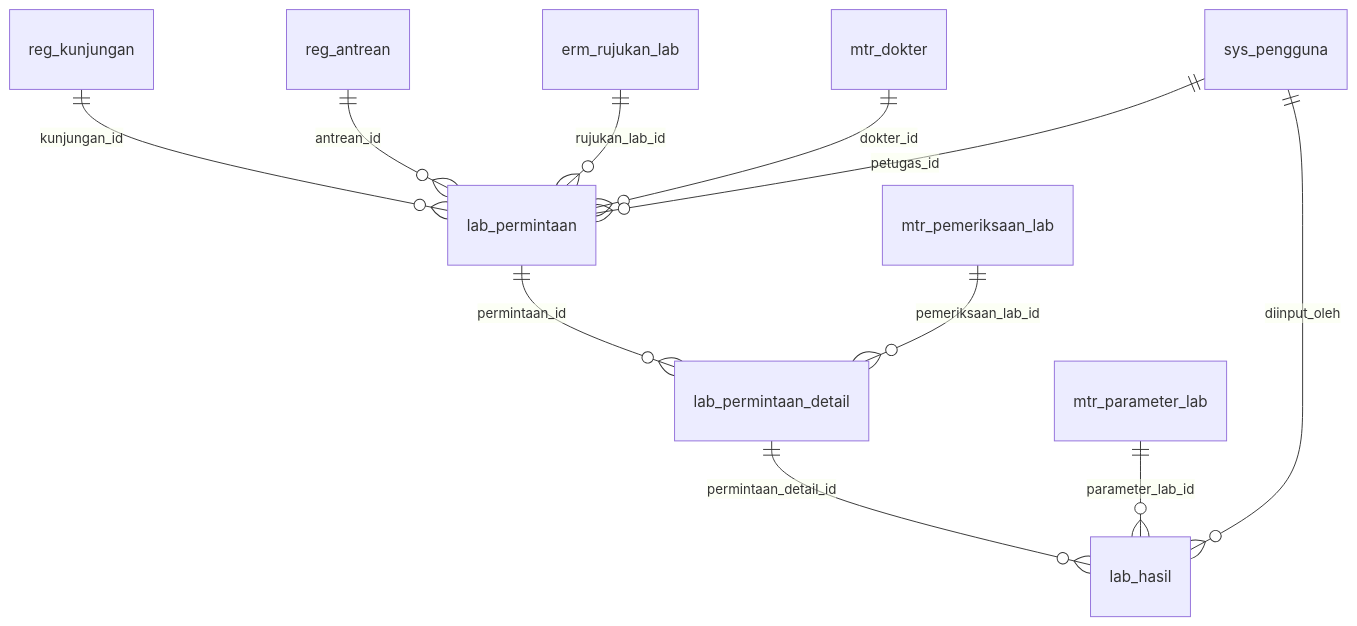
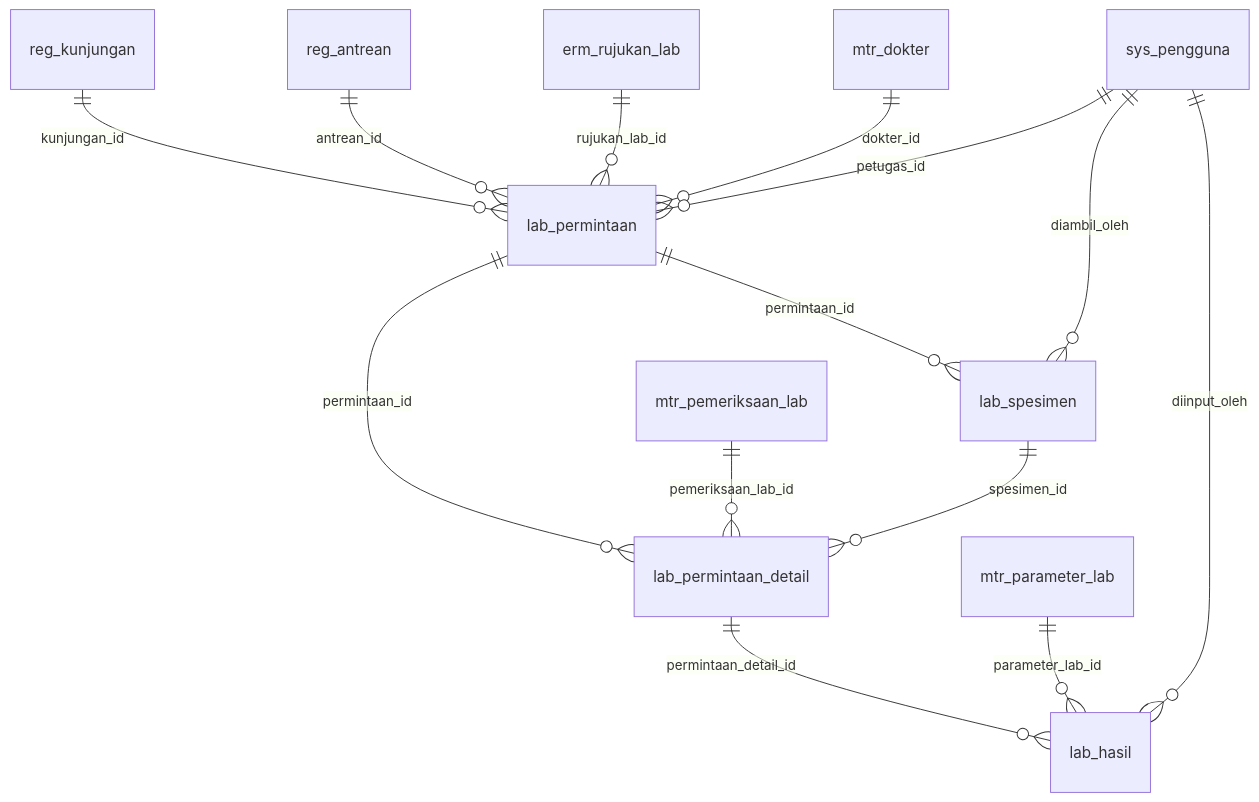
The fifth of 7 diagrams in docs/database.md (NiceCode9/klinik-avicena), drawn with Mermaid before and after one commit. The commit also changed other lines of this file and 75 other files, not shown here.

````diff
--- a/docs/database.md
+++ b/docs/database.md
@@ -148,13 +154,16 @@
 ```mermaid
 erDiagram
   reg_kunjungan ||--o{ lab_permintaan : "kunjungan_id"
   reg_antrean ||--o{ lab_permintaan : "antrean_id"
   erm_rujukan_lab ||--o{ lab_permintaan : "rujukan_lab_id"
   mtr_dokter ||--o{ lab_permintaan : "dokter_id"
   sys_pengguna ||--o{ lab_permintaan : "petugas_id"
   lab_permintaan ||--o{ lab_permintaan_detail : "permintaan_id"
   mtr_pemeriksaan_lab ||--o{ lab_permintaan_detail : "pemeriksaan_lab_id"
   lab_permintaan_detail ||--o{ lab_hasil : "permintaan_detail_id"
   mtr_parameter_lab ||--o{ lab_hasil : "parameter_lab_id"
   sys_pengguna ||--o{ lab_hasil : "diinput_oleh"
+  lab_permintaan ||--o{ lab_spesimen : "permintaan_id"
+  sys_pengguna ||--o{ lab_spesimen : "diambil_oleh"
+  lab_spesimen ||--o{ lab_permintaan_detail : "spesimen_id"
 ```
````
